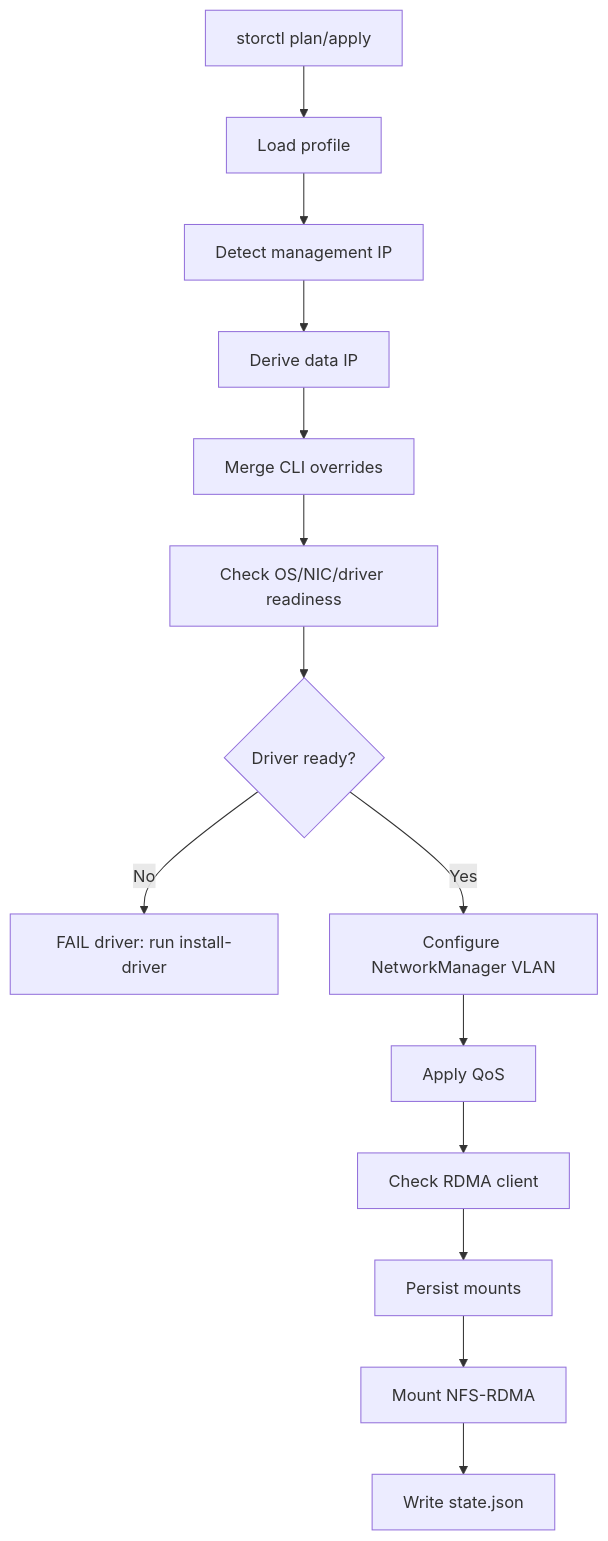
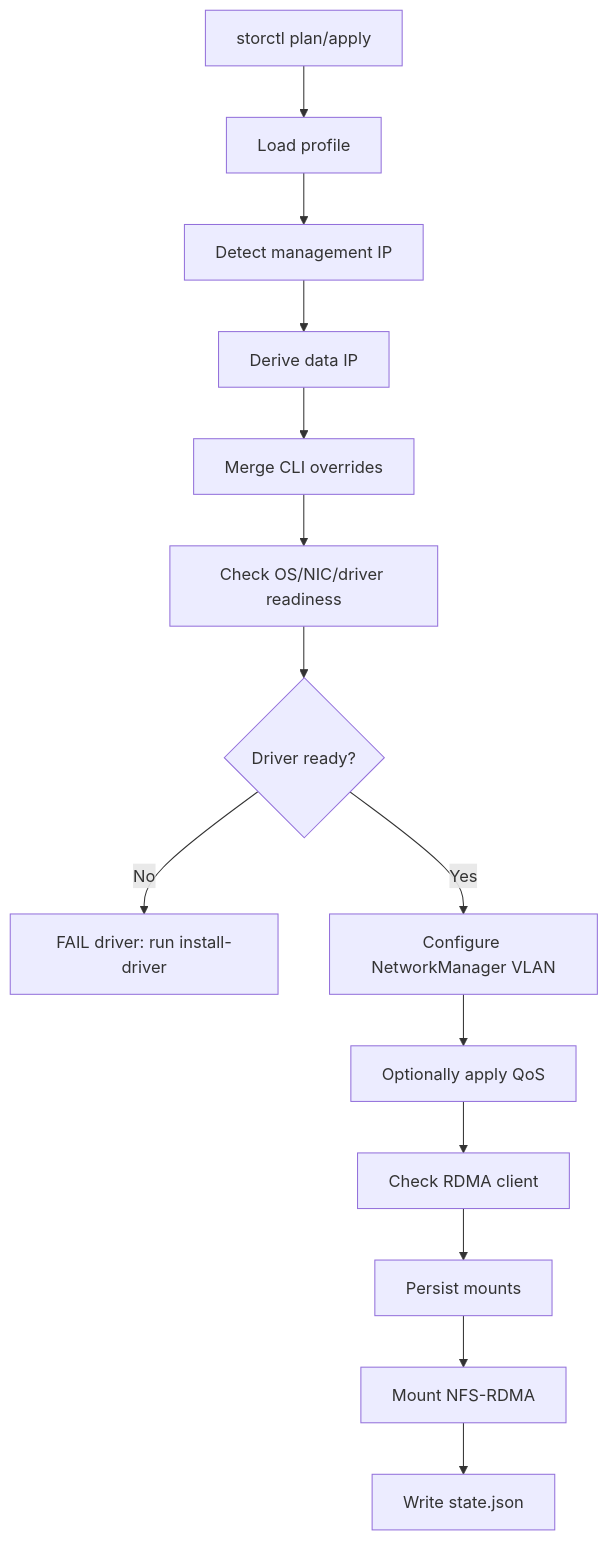
Before and after one commit to vbhsjd/storctl: the diagram in README.en.md, drawn with Mermaid. The commit also changed other lines of this file and 21 other files, not shown here.

````diff
--- a/README.en.md
+++ b/README.en.md
@@ -110,16 +128,16 @@
 ```mermaid
 flowchart TD
   A["storctl plan/apply"] --> B["Load profile"]
   B --> C["Detect management IP"]
   C --> D["Derive data IP"]
   D --> E["Merge CLI overrides"]
   E --> F["Check OS/NIC/driver readiness"]
   F --> G{"Driver ready?"}
   G -- "No" --> H["FAIL driver: run install-driver"]
   G -- "Yes" --> I["Configure NetworkManager VLAN"]
-  I --> J["Apply QoS"]
+  I --> J["Optionally apply QoS"]
   J --> K["Check RDMA client"]
   K --> L["Persist mounts"]
   L --> M["Mount NFS-RDMA"]
   M --> N["Write state.json"]
 ```
````
